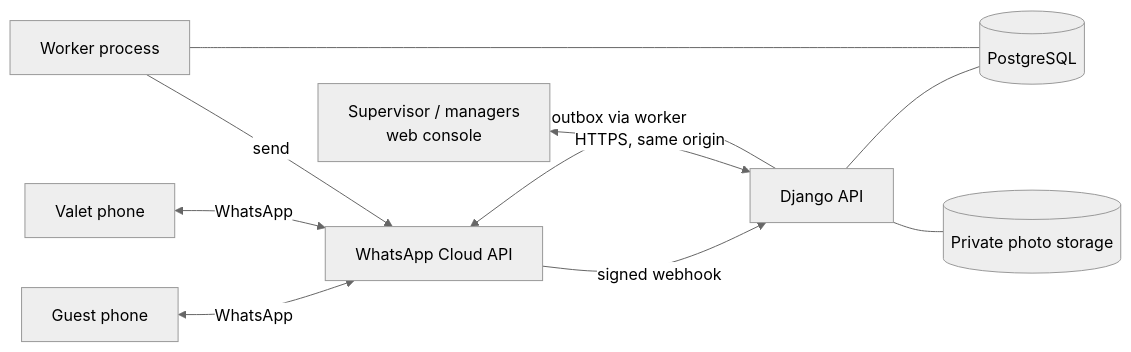
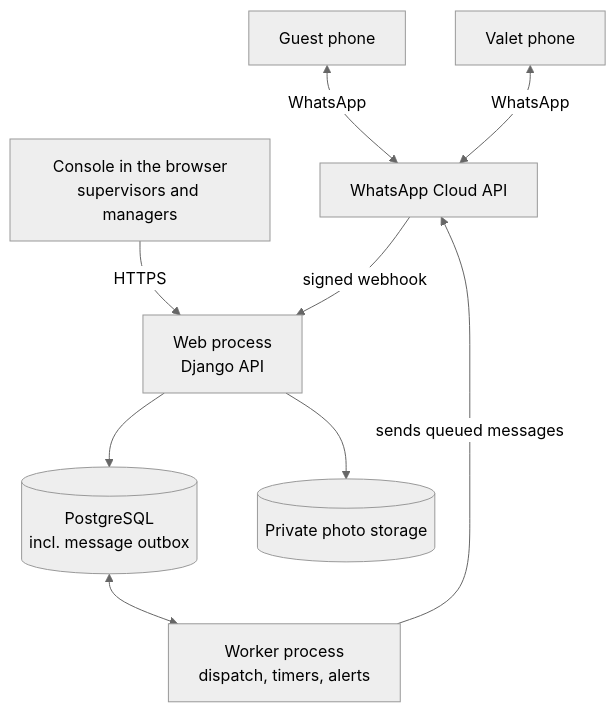
The first of 3 diagrams in docs/SYSTEM_OVERVIEW.md (M7mdknh/Sallimha), drawn with Mermaid (neutral theme) before and after one commit. The commit also changed other lines of this file, not shown here.

Commit message:
System overview diagrams render: no semicolon or # in sequence messages; clearer top-down architecture

````diff
--- a/docs/SYSTEM_OVERVIEW.md
+++ b/docs/SYSTEM_OVERVIEW.md
@@ -14,12 +14,11 @@
 ```mermaid
-flowchart LR
+flowchart TB
   G[Guest phone] <-->|WhatsApp| WA[WhatsApp Cloud API]
   V[Valet phone] <-->|WhatsApp| WA
-  WA -->|signed webhook| API[Django API]
-  API -->|outbox via worker| WA
-  S[Supervisor / managers<br/>web console] <-->|HTTPS, same origin| API
-  API --- DB[(PostgreSQL)]
-  W[Worker process] --- DB
-  W -->|send| WA
-  API --- B[(Private photo storage)]
+  S[Console in the browser<br/>supervisors and managers] -->|HTTPS| API
+  WA -->|signed webhook| API[Web process<br/>Django API]
+  API --> DB[(PostgreSQL<br/>incl. message outbox)]
+  API --> B[(Private photo storage)]
+  DB <--> W[Worker process<br/>dispatch, timers, alerts]
+  W -->|sends queued messages| WA
 ```
````
